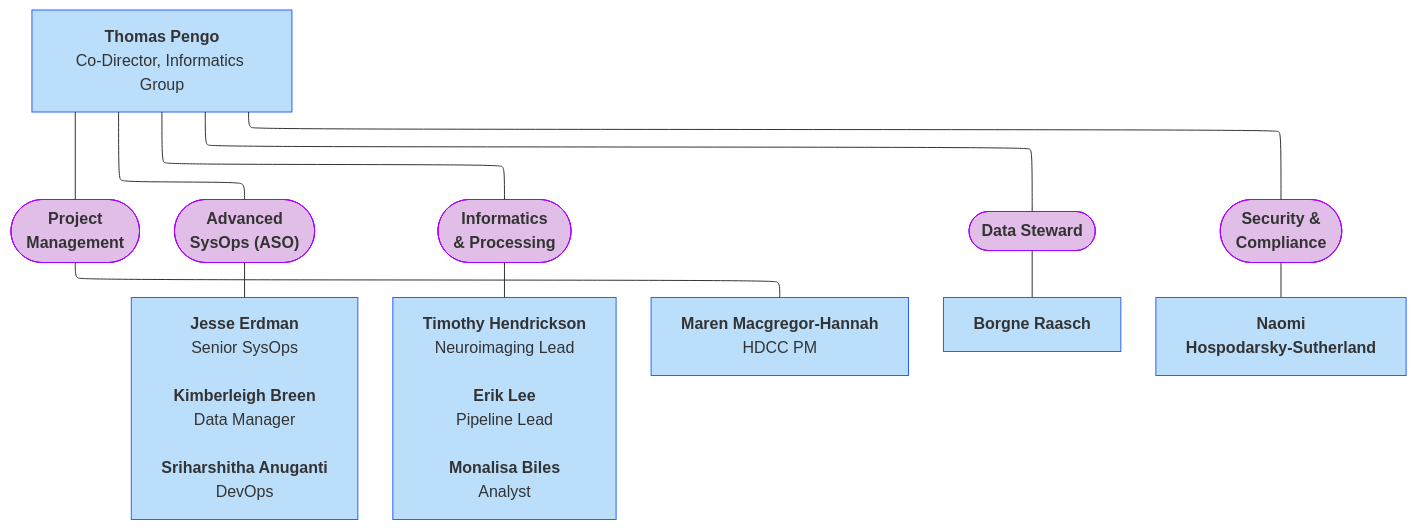
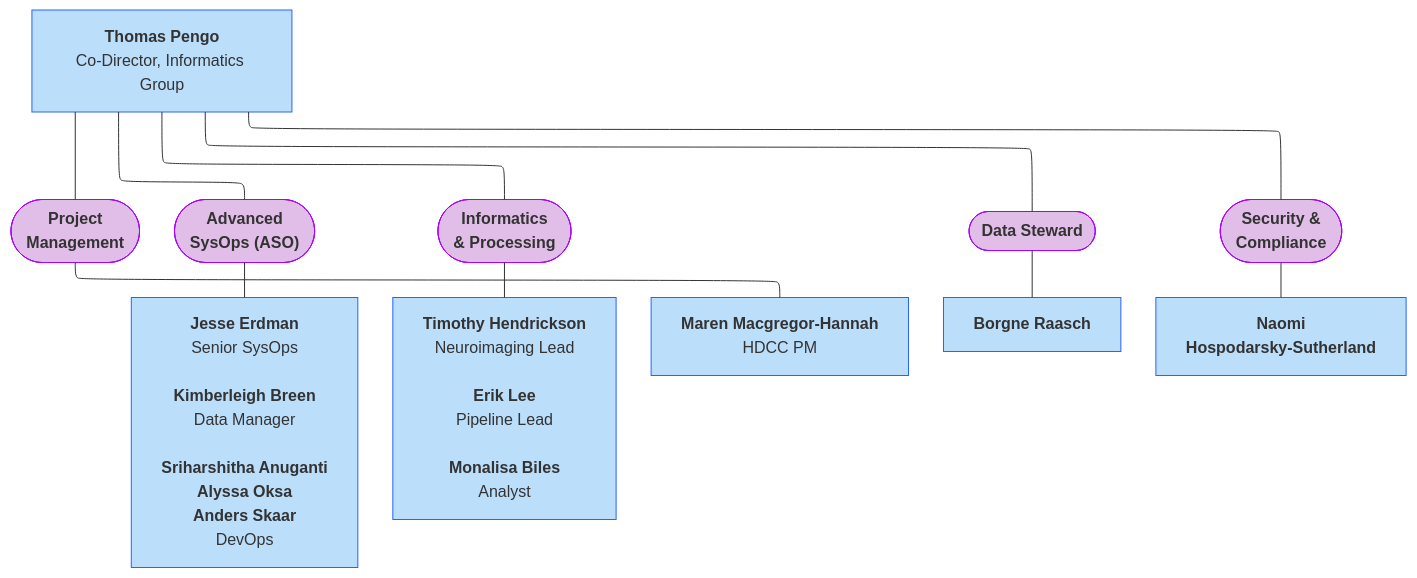
The sixth of 9 diagrams in docs/orgcharts.md (DCAN-Labs/hbcd-docs-internal), drawn with Mermaid before and after one commit.

Commit message:
add missing people from MIDB

````diff
--- a/docs/orgcharts.md
+++ b/docs/orgcharts.md
@@ -259,26 +259,26 @@
 ```mermaid
 ---
 config:
   layout: elk
 ---
 flowchart TB
     L["<b>Thomas Pengo</b><br>Co-Director, Informatics Group"] 
     --- M(["<b>Project<br>Management</b>"]) & N(["<b>Advanced<br>SysOps (ASO)</b>"])
     L --- O(["<b>Informatics<br>&amp; Processing</b>"]) & P(["<b>Data Steward</b>"]) & n8(["<b>Security &amp;<br>Compliance</b>"])
-    N --- Q["<b>Jesse Erdman</b><br>Senior SysOps<br><br><b>Kimberleigh Breen</b><br>Data Manager<br><br><b>Sriharshitha Anuganti</b><br>DevOps"]
+    N --- Q["<b>Jesse Erdman</b><br>Senior SysOps<br><br><b>Kimberleigh Breen</b><br>Data Manager<br><br><b>Sriharshitha Anuganti<br>Alyssa Oksa<br>Anders Skaar</b><br>DevOps"]
     O --- n4["<b>Timothy Hendrickson</b><br>Neuroimaging Lead<br><br><b>Erik Lee</b><br>Pipeline Lead<br><br><b>Monalisa Biles</b><br>Analyst"]
     M --- n6["<b>Maren Macgregor-Hannah</b><br>HDCC PM"]
     P --- n7["<b>Borgne Raasch</b>"]
     n8 --- n9["<b>Naomi<br>Hospodarsky-Sutherland</b>"]
     style L fill:#BBDEFB,stroke:#2962FF
     style M fill:#E1BEE7,stroke:#AA00FF
     style N fill:#E1BEE7,stroke:#AA00FF
     style O fill:#E1BEE7,stroke:#AA00FF
     style P fill:#E1BEE7,stroke:#AA00FF
     style n8 fill:#E1BEE7,stroke:#AA00FF
     style Q fill:#BBDEFB,stroke:#2962FF
     style n4 fill:#BBDEFB,stroke:#2962FF
     style n6 fill:#BBDEFB,stroke:#2962FF
     style n7 fill:#BBDEFB,stroke:#2962FF
     style n9 fill:#BBDEFB,stroke:#2962FF
 ```
````
